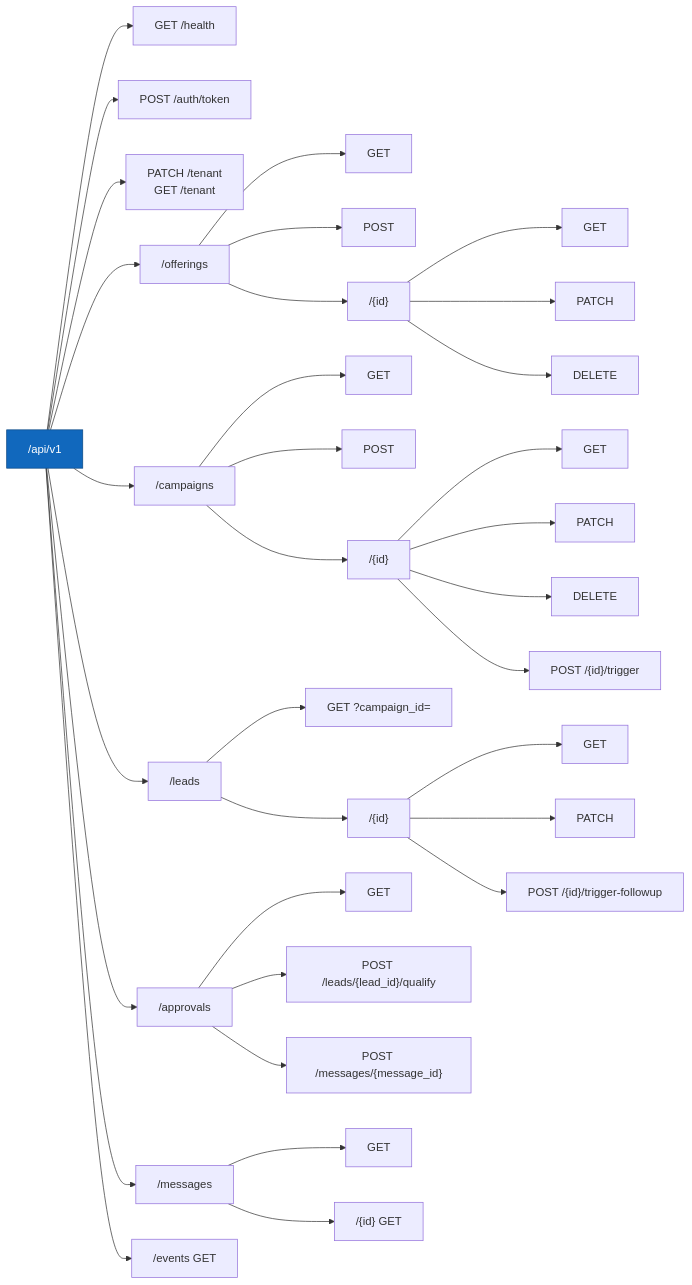
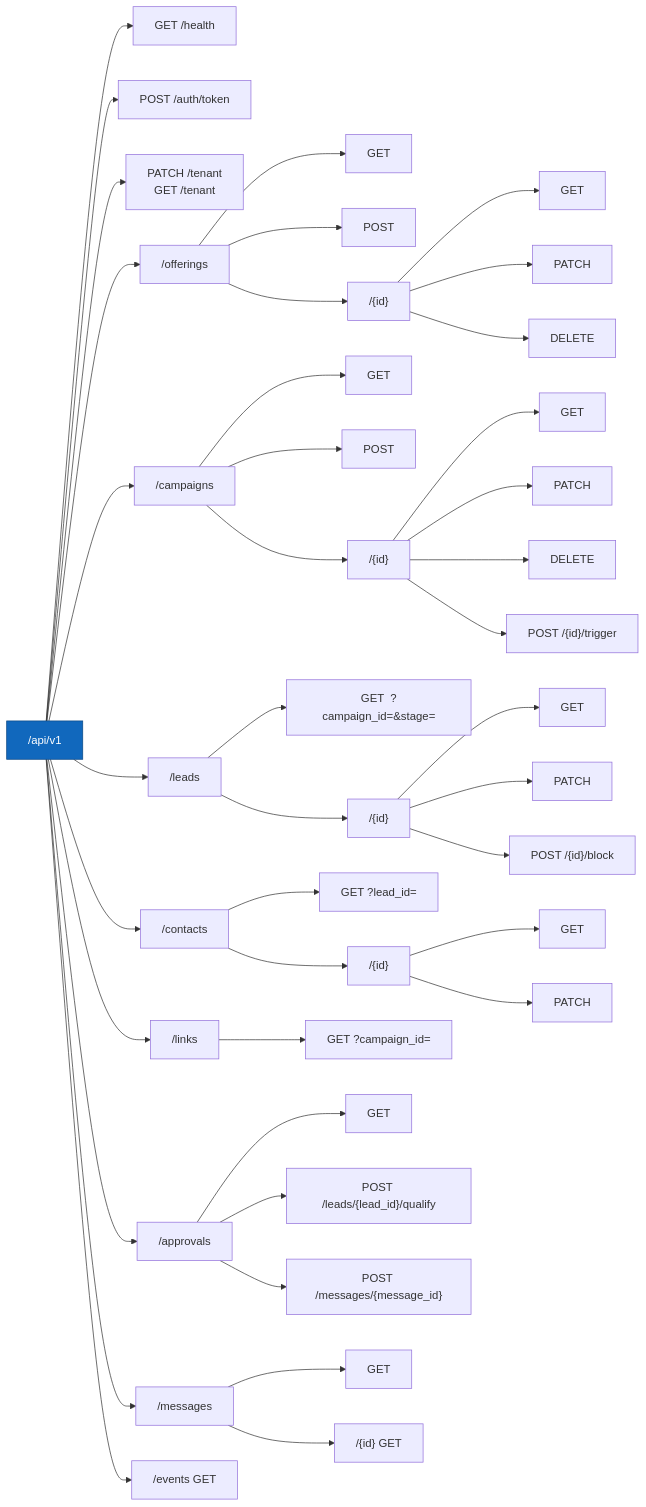
Before and after one commit to smallTechOrg/sales-agent: the first of 5 diagrams in spec/product/09-api.md, drawn with Mermaid. The commit also changed 49 other files, not shown here.

First line of the commit message:
feat: pipeline restructure — links→leads→contacts + spec hardening

````diff
--- a/spec/product/09-api.md
+++ b/spec/product/09-api.md
@@ -32,46 +32,55 @@
 ```mermaid
 flowchart LR
     root["/api/v1"]
 
     root --> health["GET /health"]
     root --> auth["POST /auth/token"]
 
     root --> tenant["PATCH /tenant\nGET /tenant"]
 
     root --> offerings["/offerings"]
     offerings --> off_list["GET"]
     offerings --> off_create["POST"]
     offerings --> off_id[" /{id}"]
     off_id --> off_get["GET"]
     off_id --> off_patch["PATCH"]
     off_id --> off_del["DELETE"]
 
     root --> campaigns["/campaigns"]
     campaigns --> camp_list["GET"]
     campaigns --> camp_create["POST"]
     campaigns --> camp_id["/{id}"]
     camp_id --> camp_get["GET"]
     camp_id --> camp_patch["PATCH"]
     camp_id --> camp_del["DELETE"]
     camp_id --> camp_trigger["POST /{id}/trigger"]
 
     root --> leads["/leads"]
-    leads --> lead_list["GET  ?campaign_id="]
+    leads --> lead_list["GET  ?campaign_id=&stage="]
     leads --> lead_id["/{id}"]
     lead_id --> lead_get["GET"]
     lead_id --> lead_patch["PATCH"]
-    lead_id --> lead_fu["POST /{id}/trigger-followup"]
+    lead_id --> lead_block["POST /{id}/block"]
+
+    root --> contacts["/contacts"]
+    contacts --> cont_list["GET  ?lead_id="]
+    contacts --> cont_id["/{id}"]
+    cont_id --> cont_get["GET"]
+    cont_id --> cont_patch["PATCH"]
+
+    root --> links["/links"]
+    links --> link_list["GET  ?campaign_id="]
 
     root --> approvals["/approvals"]
     approvals --> appr_list["GET"]
     approvals --> appr_qual["POST /leads/{lead_id}/qualify"]
     approvals --> appr_msg["POST /messages/{message_id}"]
 
     root --> messages["/messages"]
     messages --> msg_list["GET"]
     messages --> msg_id["/{id}  GET"]
 
     root --> events["/events  GET"]
 
     style root fill:#1168bd,color:#fff,stroke:#0b4884
 ```
````
